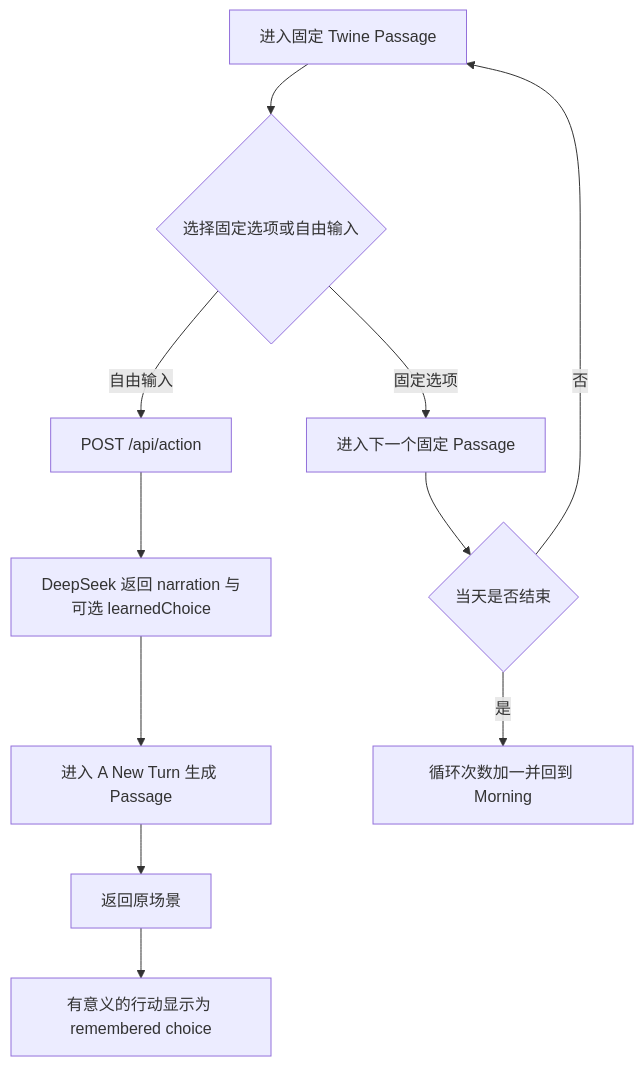
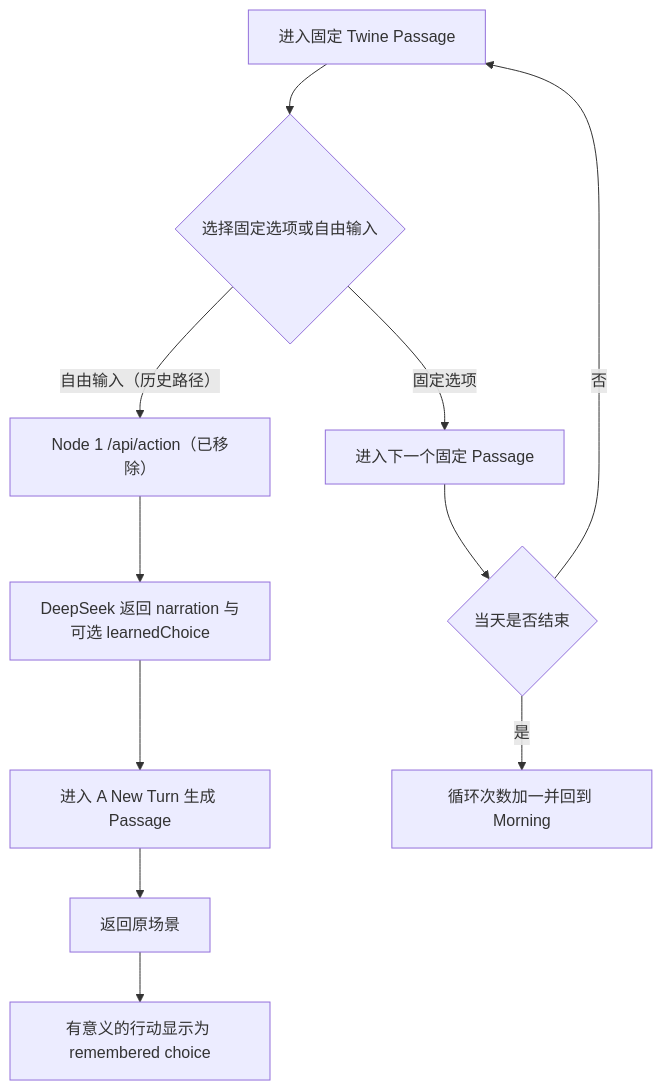
Before and after one commit to 666feiyu666/Fox-and-Crow: the diagram in docs/node-1-implementation.md, drawn with Mermaid. The commit also changed other lines of this file and 25 other files, not shown here.

````diff
--- a/docs/node-1-implementation.md
+++ b/docs/node-1-implementation.md
@@ -22,13 +22,13 @@
 ```mermaid
 flowchart TD
     A["进入固定 Twine Passage"] --> B{"选择固定选项或自由输入"}
     B -->|"固定选项"| C["进入下一个固定 Passage"]
-    B -->|"自由输入"| D["POST /api/action"]
+    B -->|"自由输入（历史路径）"| D["Node 1 /api/action（已移除）"]
     D --> E["DeepSeek 返回 narration 与可选 learnedChoice"]
     E --> F["进入 A New Turn 生成 Passage"]
     F --> G["返回原场景"]
     G --> H["有意义的行动显示为 remembered choice"]
     C --> I{"当天是否结束"}
     I -->|"否"| A
     I -->|"是"| J["循环次数加一并回到 Morning"]
 ```
````
